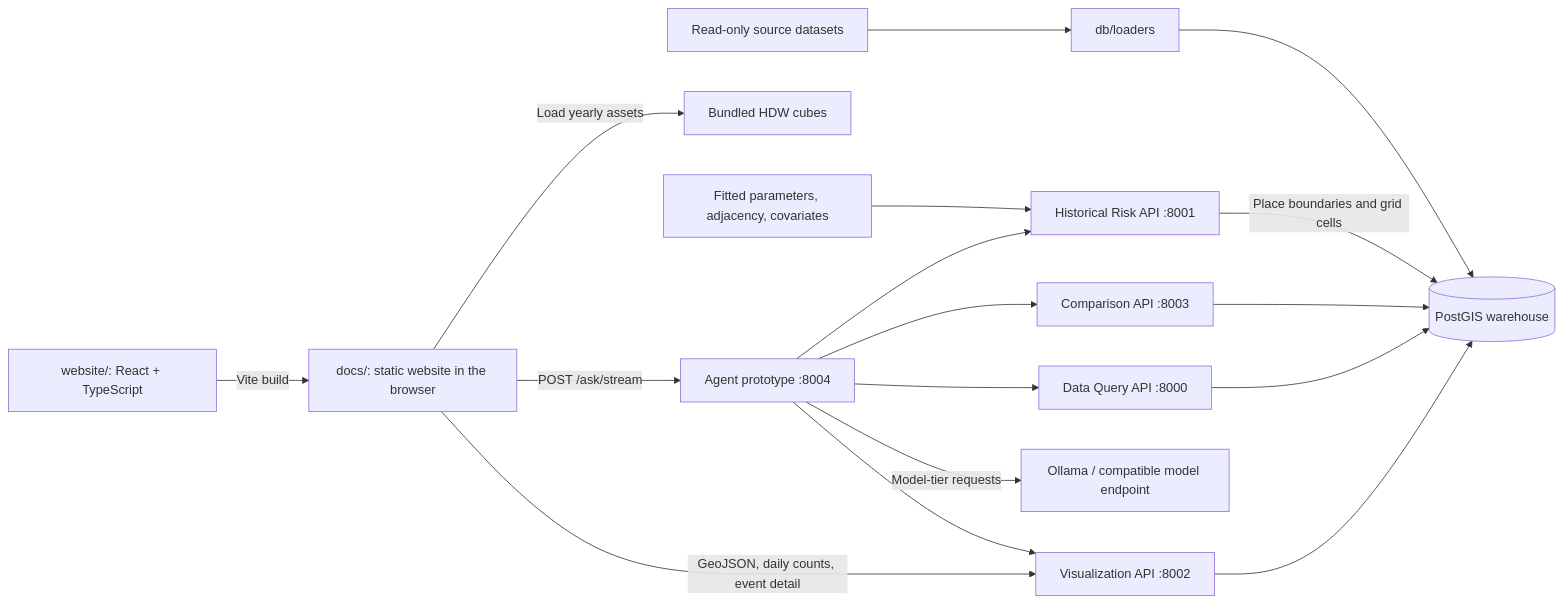
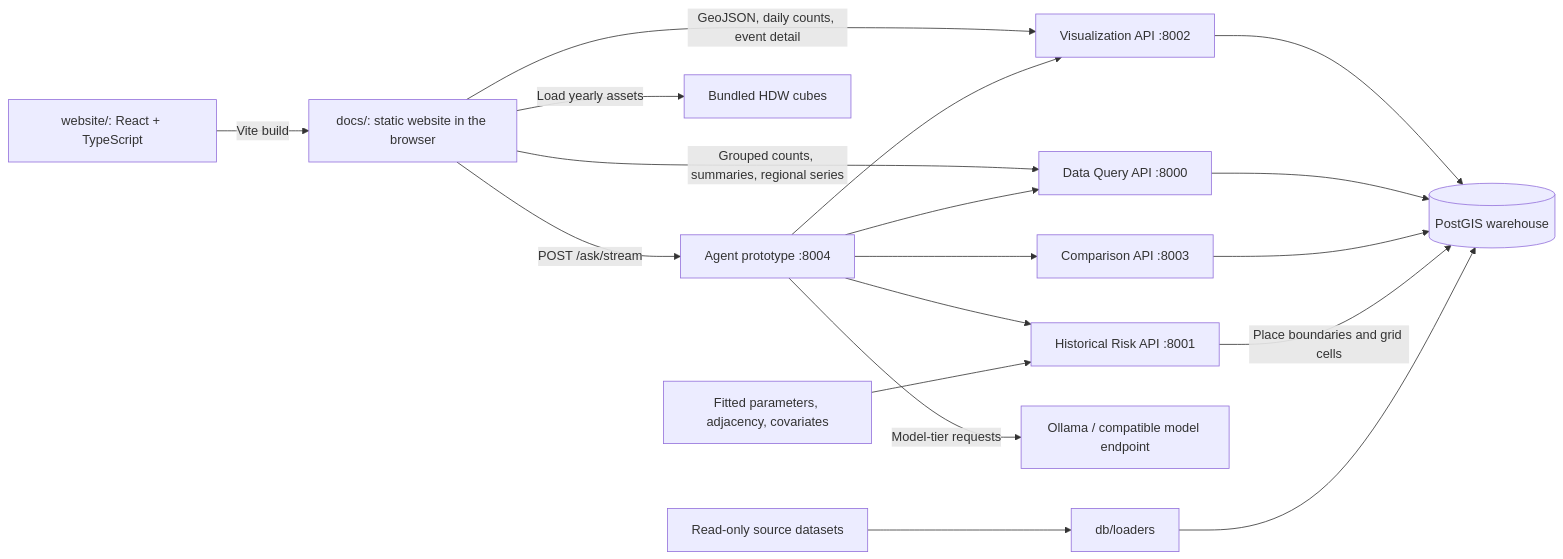
Before and after one commit to ByteMasterMike/Wildfire-Services: the diagram in README.md, drawn with Mermaid. The commit also changed other lines of this file and 45 other files, not shown here.

````diff
--- a/README.md
+++ b/README.md
@@ -9,18 +9,19 @@
 ```mermaid
 flowchart LR
     Source["website/: React + TypeScript"] -->|Vite build| Web["docs/: static website in the browser"]
     Web -->|GeoJSON, daily counts, event detail| Viz["Visualization API :8002"]
     Web -->|POST /ask/stream| Agent["Agent prototype :8004"]
+    Web -->|Grouped counts, summaries, regional series| Query
     Web -->|Load yearly assets| HDW["Bundled HDW cubes"]
     Agent --> Viz
     Agent --> Query["Data Query API :8000"]
     Agent --> Compare["Comparison API :8003"]
     Agent --> Risk["Historical Risk API :8001"]
     Agent -->|Model-tier requests| Ollama["Ollama / compatible model endpoint"]
     Viz --> DB[(PostGIS warehouse)]
     Query --> DB
     Compare --> DB
     Risk -->|Place boundaries and grid cells| DB
     Inputs["Fitted parameters, adjacency, covariates"] --> Risk
     Raw["Read-only source datasets"] --> Loaders["db/loaders"] --> DB
 ```
````
